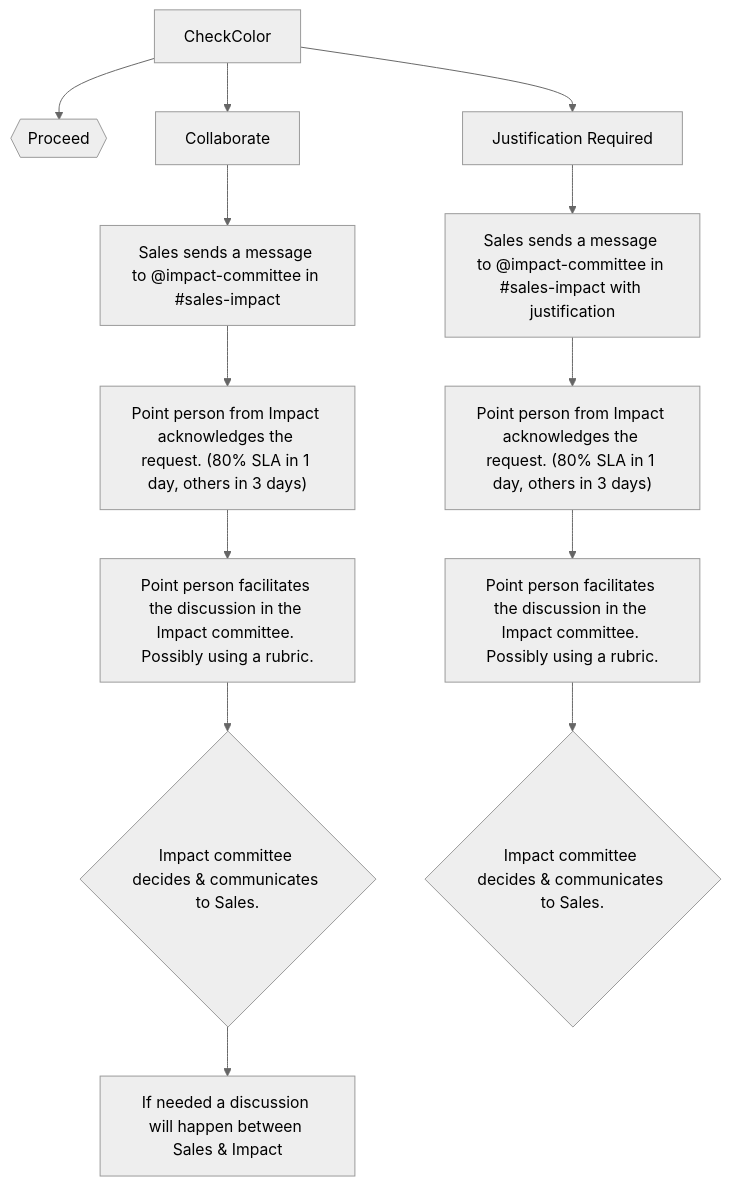
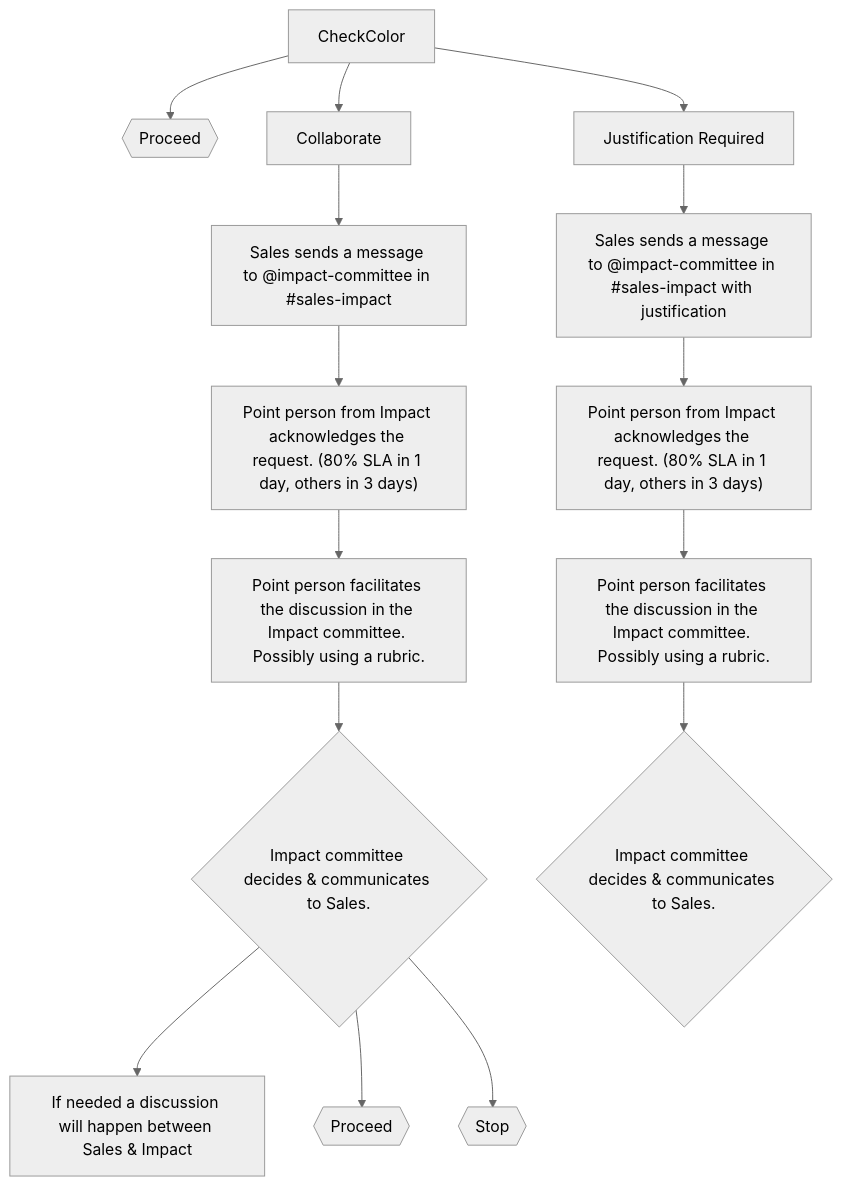
Before and after one commit to mgifford/mermaid-graphs: the first of 3 diagrams in impact2.md, drawn with Mermaid (neutral theme).

````diff
--- a/impact2.md
+++ b/impact2.md
@@ -7,16 +7,19 @@
 ```mermaid
 graph TD
     CheckColor-->IsGreen{{Proceed}};
     CheckColor-->isYellow[Collaborate];
     CheckColor-->isJustificationRequired["Justification Required"];
     isYellow-->salesAlertsImpactsYellow["Sales sends a message to @impact-committee in #sales-impact"];
    salesAlertsImpactsYellow-->ImpactResponds["Point person from Impact acknowledges the request. (80% SLA in 1 day, others in 3 days)"];
    ImpactResponds-->ImpactDiscusses["Point person facilitates the discussion in the Impact committee. Possibly using a rubric."];
   ImpactDiscusses-->Decision{"Impact committee decides & communicates to Sales."};
   Decision-->Discussion["If needed a discussion will happen between Sales & Impact"];
+Decision-->YesYellow{{Proceed}};
+Decision-->NoYellow{{Stop}};
+
 
   isJustificationRequired-->salesAlertsImpactsRed["Sales sends a message to @impact-committee in #sales-impact with justification"];
   salesAlertsImpactsRed-->ImpactRespondsRed["Point person from Impact acknowledges the request. (80% SLA in 1 day, others in 3 days)"];
   ImpactRespondsRed-->ImpactDiscussesRed["Point person facilitates the discussion in the Impact committee. Possibly using a rubric."];
   ImpactDiscussesRed-->DecisionRed{"Impact committee decides & communicates to Sales."};
 ```
````
